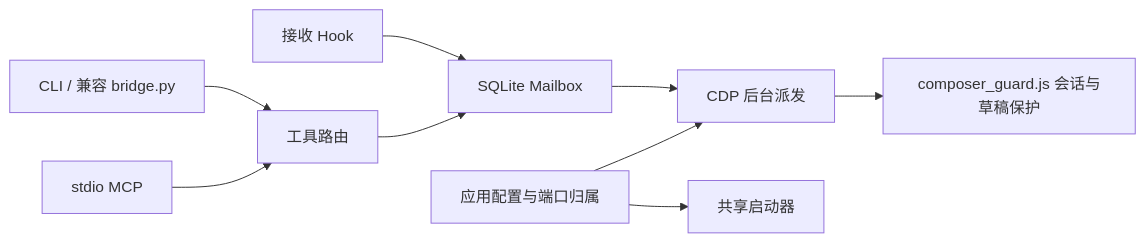
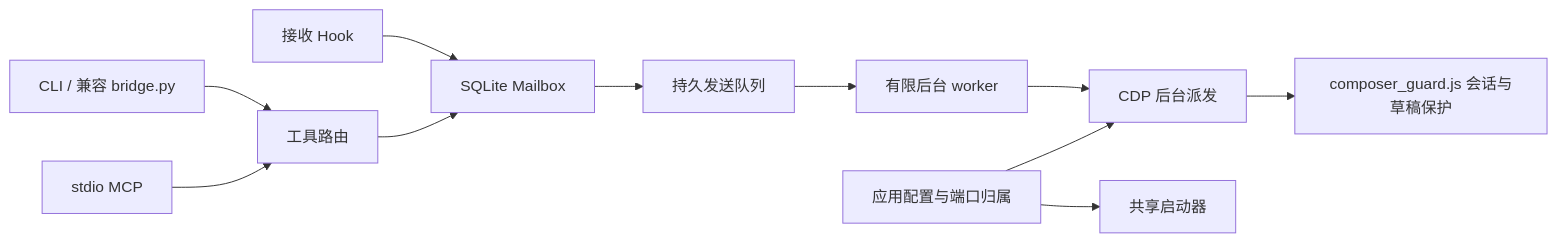
One commit to xiaoctf/harness-courier changed the diagram in docs/development.md. Above: the diagram before and after it, drawn with Mermaid. The commit also changed other lines of this file and 27 other files, not shown here.

````diff
--- a/docs/development.md
+++ b/docs/development.md
@@ -7,11 +7,13 @@
 ```mermaid
 flowchart LR
     CLI[CLI / 兼容 bridge.py] --> Tools[工具路由]
     MCP[stdio MCP] --> Tools
     Hook[接收 Hook] --> Mailbox[SQLite Mailbox]
     Tools --> Mailbox
-    Mailbox --> CDP[CDP 后台派发]
+    Mailbox --> Outbox[持久发送队列]
+    Outbox --> Worker[有限后台 worker]
+    Worker --> CDP[CDP 后台派发]
     CDP --> DOM[composer_guard.js 会话与草稿保护]
     Registry[应用配置与端口归属] --> CDP
     Registry --> Launcher[共享启动器]
 ```
````
